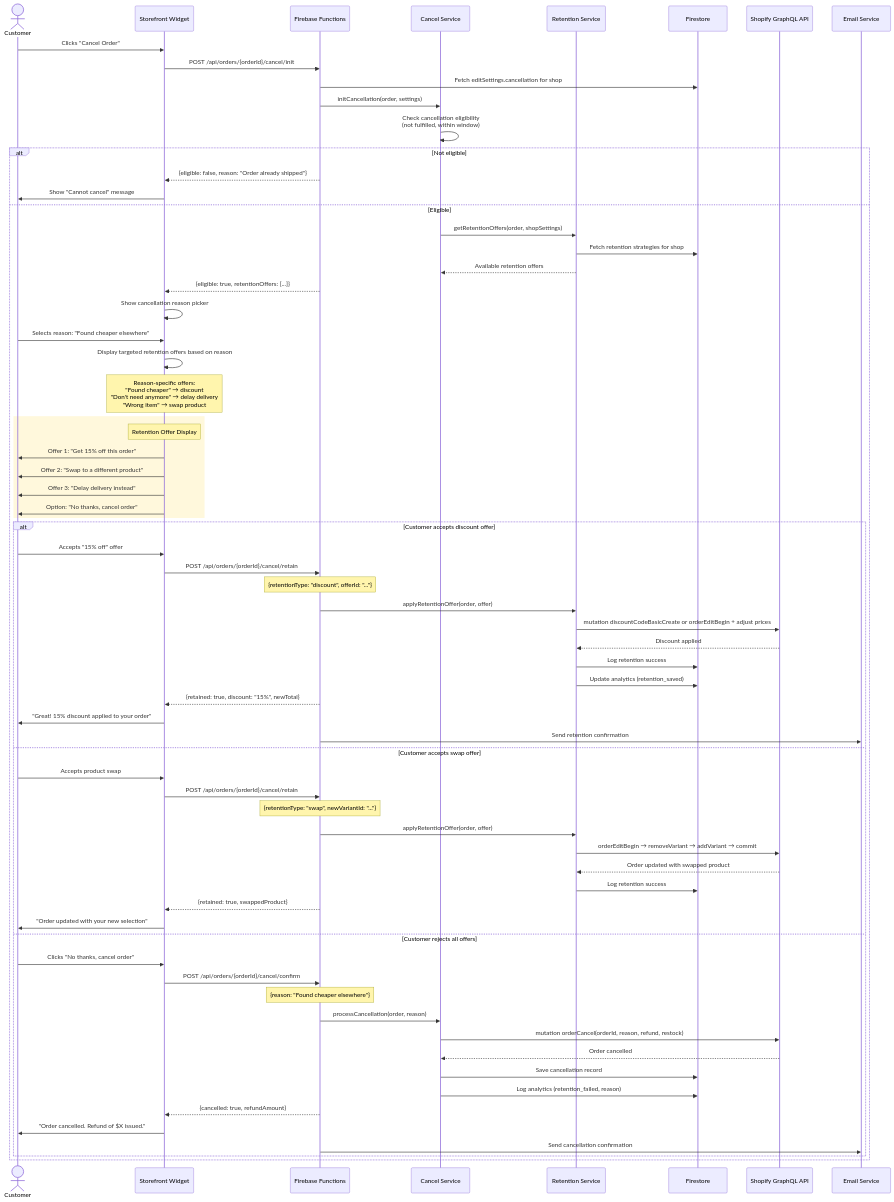
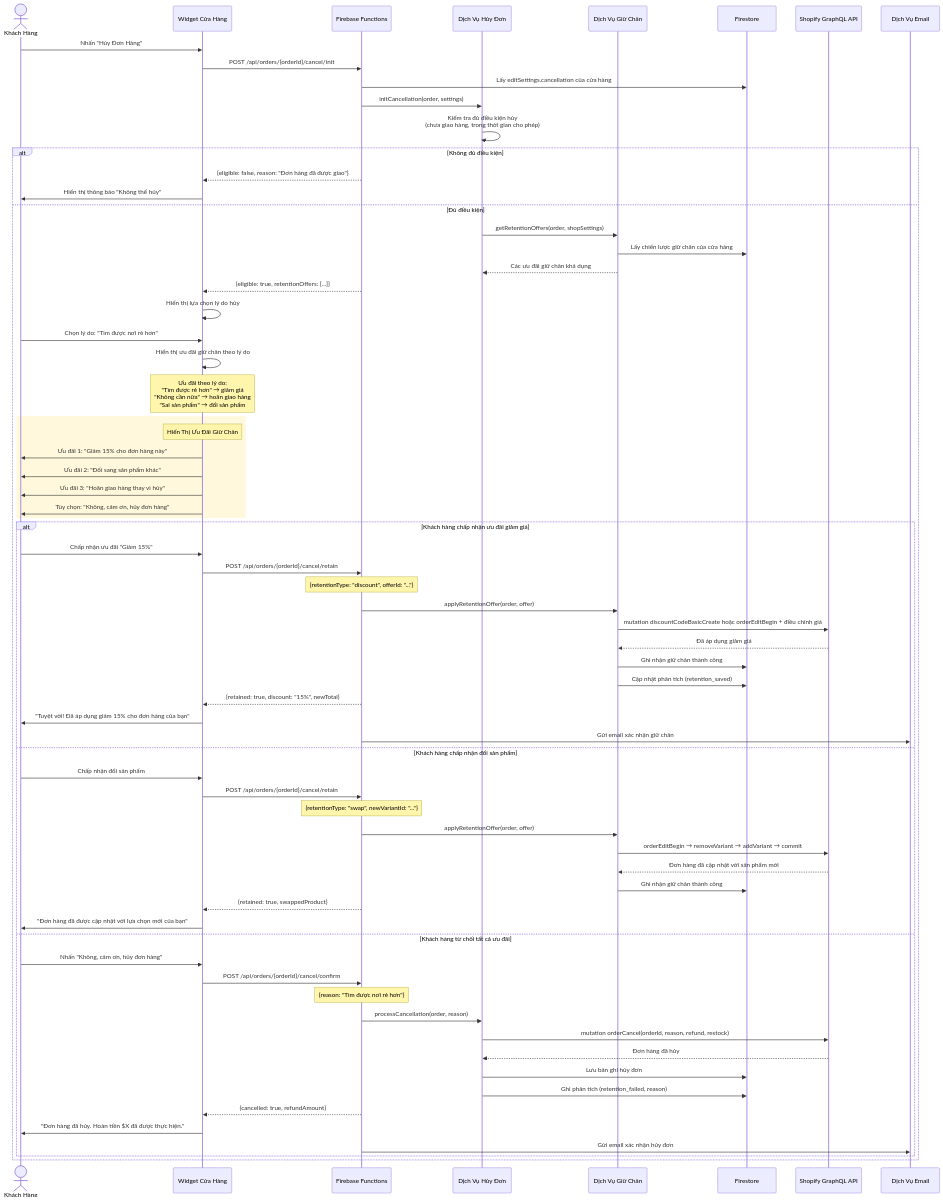
One commit to Roger-46/test changed the fifth of 10 diagrams in order editing/research/08-diagrams.md. Above: the diagram before and after it, drawn with Mermaid. The commit also changed other lines of this file and 20 other files, not shown here.

````diff
--- a/order editing/research/08-diagrams.md
+++ b/order editing/research/08-diagrams.md
@@ -293,80 +293,80 @@
 ```mermaid
 sequenceDiagram
-    actor C as Customer
-    participant SW as Storefront Widget
+    actor C as Khách Hàng
+    participant SW as Widget Cửa Hàng
     participant API as Firebase Functions
-    participant SVC as Cancel Service
-    participant RS as Retention Service
+    participant SVC as Dịch Vụ Hủy Đơn
+    participant RS as Dịch Vụ Giữ Chân
     participant FS as Firestore
     participant SHOP as Shopify GraphQL API
-    participant EMAIL as Email Service
+    participant EMAIL as Dịch Vụ Email
 
-    C->>SW: Clicks "Cancel Order"
+    C->>SW: Nhấn "Hủy Đơn Hàng"
     SW->>API: POST /api/orders/{orderId}/cancel/init
-    API->>FS: Fetch editSettings.cancellation for shop
+    API->>FS: Lấy editSettings.cancellation của cửa hàng
     API->>SVC: initCancellation(order, settings)
-    SVC->>SVC: Check cancellation eligibility<br/>(not fulfilled, within window)
+    SVC->>SVC: Kiểm tra đủ điều kiện hủy<br/>(chưa giao hàng, trong thời gian cho phép)
 
-    alt Not eligible
-        API-->>SW: {eligible: false, reason: "Order already shipped"}
-        SW->>C: Show "Cannot cancel" message
-    else Eligible
+    alt Không đủ điều kiện
+        API-->>SW: {eligible: false, reason: "Đơn hàng đã được giao"}
+        SW->>C: Hiển thị thông báo "Không thể hủy"
+    else Đủ điều kiện
         SVC->>RS: getRetentionOffers(order, shopSettings)
-        RS->>FS: Fetch retention strategies for shop
-        RS-->>SVC: Available retention offers
+        RS->>FS: Lấy chiến lược giữ chân của cửa hàng
+        RS-->>SVC: Các ưu đãi giữ chân khả dụng
 
         API-->>SW: {eligible: true, retentionOffers: [...]}
 
-        SW->>SW: Show cancellation reason picker
-        C->>SW: Selects reason: "Found cheaper elsewhere"
+        SW->>SW: Hiển thị lựa chọn lý do hủy
+        C->>SW: Chọn lý do: "Tìm được nơi rẻ hơn"
 
-        SW->>SW: Display targeted retention offers based on reason
-        Note over SW: Reason-specific offers:<br/>"Found cheaper" → discount<br/>"Don't need anymore" → delay delivery<br/>"Wrong item" → swap product
+        SW->>SW: Hiển thị ưu đãi giữ chân theo lý do
+        Note over SW: Ưu đãi theo lý do:<br/>"Tìm được rẻ hơn" → giảm giá<br/>"Không cần nữa" → hoãn giao hàng<br/>"Sai sản phẩm" → đổi sản phẩm
 
         rect rgb(255, 248, 220)
-            Note over SW: Retention Offer Display
-            SW->>C: Offer 1: "Get 15% off this order"
-            SW->>C: Offer 2: "Swap to a different product"
-            SW->>C: Offer 3: "Delay delivery instead"
-            SW->>C: Option: "No thanks, cancel order"
+            Note over SW: Hiển Thị Ưu Đãi Giữ Chân
+            SW->>C: Ưu đãi 1: "Giảm 15% cho đơn hàng này"
+            SW->>C: Ưu đãi 2: "Đổi sang sản phẩm khác"
+            SW->>C: Ưu đãi 3: "Hoãn giao hàng thay vì hủy"
+            SW->>C: Tùy chọn: "Không, cảm ơn, hủy đơn hàng"
         end
 
-        alt Customer accepts discount offer
-            C->>SW: Accepts "15% off" offer
+        alt Khách hàng chấp nhận ưu đãi giảm giá
+            C->>SW: Chấp nhận ưu đãi "Giảm 15%"
             SW->>API: POST /api/orders/{orderId}/cancel/retain
             Note over API: {retentionType: "discount", offerId: "..."}
             API->>RS: applyRetentionOffer(order, offer)
-            RS->>SHOP: mutation discountCodeBasicCreate or orderEditBegin + adjust prices
-            SHOP-->>RS: Discount applied
-            RS->>FS: Log retention success
-            RS->>FS: Update analytics (retention_saved)
+            RS->>SHOP: mutation discountCodeBasicCreate hoặc orderEditBegin + điều chỉnh giá
+            SHOP-->>RS: Đã áp dụng giảm giá
+            RS->>FS: Ghi nhận giữ chân thành công
+            RS->>FS: Cập nhật phân tích (retention_saved)
             API-->>SW: {retained: true, discount: "15%", newTotal}
-            SW->>C: "Great! 15% discount applied to your order"
-            API->>EMAIL: Send retention confirmation
+            SW->>C: "Tuyệt vời! Đã áp dụng giảm 15% cho đơn hàng của bạn"
+            API->>EMAIL: Gửi email xác nhận giữ chân
 
-        else Customer accepts swap offer
-            C->>SW: Accepts product swap
+        else Khách hàng chấp nhận đổi sản phẩm
+            C->>SW: Chấp nhận đổi sản phẩm
             SW->>API: POST /api/orders/{orderId}/cancel/retain
             Note over API: {retentionType: "swap", newVariantId: "..."}
             API->>RS: applyRetentionOffer(order, offer)
             RS->>SHOP: orderEditBegin → removeVariant → addVariant → commit
-            SHOP-->>RS: Order updated with swapped product
-            RS->>FS: Log retention success
+            SHOP-->>RS: Đơn hàng đã cập nhật với sản phẩm mới
+            RS->>FS: Ghi nhận giữ chân thành công
             API-->>SW: {retained: true, swappedProduct}
-            SW->>C: "Order updated with your new selection"
+            SW->>C: "Đơn hàng đã được cập nhật với lựa chọn mới của bạn"
 
-        else Customer rejects all offers
-            C->>SW: Clicks "No thanks, cancel order"
+        else Khách hàng từ chối tất cả ưu đãi
+            C->>SW: Nhấn "Không, cảm ơn, hủy đơn hàng"
             SW->>API: POST /api/orders/{orderId}/cancel/confirm
-            Note over API: {reason: "Found cheaper elsewhere"}
+            Note over API: {reason: "Tìm được nơi rẻ hơn"}
             API->>SVC: processCancellation(order, reason)
             SVC->>SHOP: mutation orderCancel(orderId, reason, refund, restock)
-            SHOP-->>SVC: Order cancelled
-            SVC->>FS: Save cancellation record
-            SVC->>FS: Log analytics (retention_failed, reason)
+            SHOP-->>SVC: Đơn hàng đã hủy
+            SVC->>FS: Lưu bản ghi hủy đơn
+            SVC->>FS: Ghi phân tích (retention_failed, reason)
             API-->>SW: {cancelled: true, refundAmount}
-            SW->>C: "Order cancelled. Refund of $X issued."
-            API->>EMAIL: Send cancellation confirmation
+            SW->>C: "Đơn hàng đã hủy. Hoàn tiền $X đã được thực hiện."
+            API->>EMAIL: Gửi email xác nhận hủy đơn
         end
     end
 ```
````
